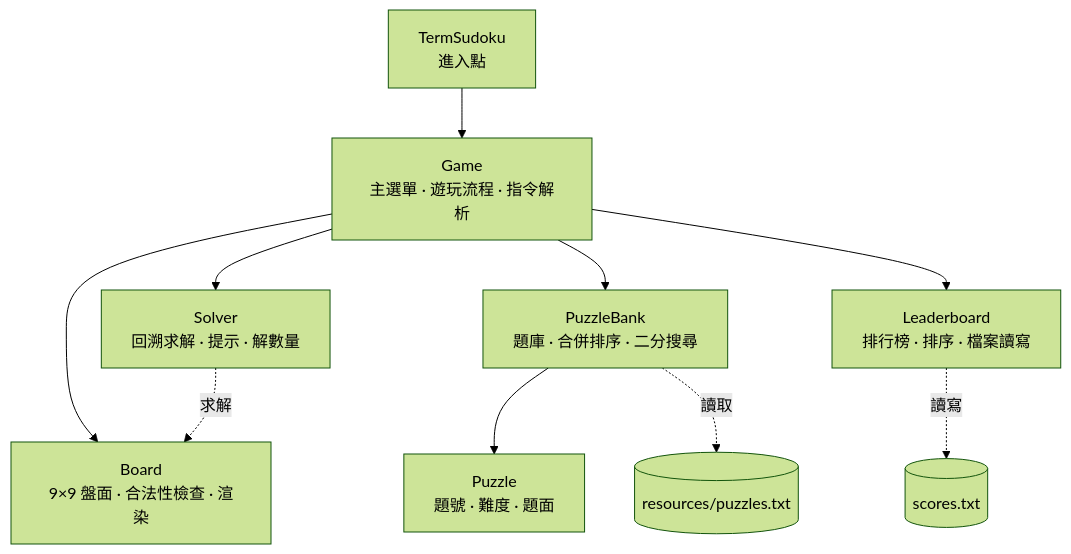
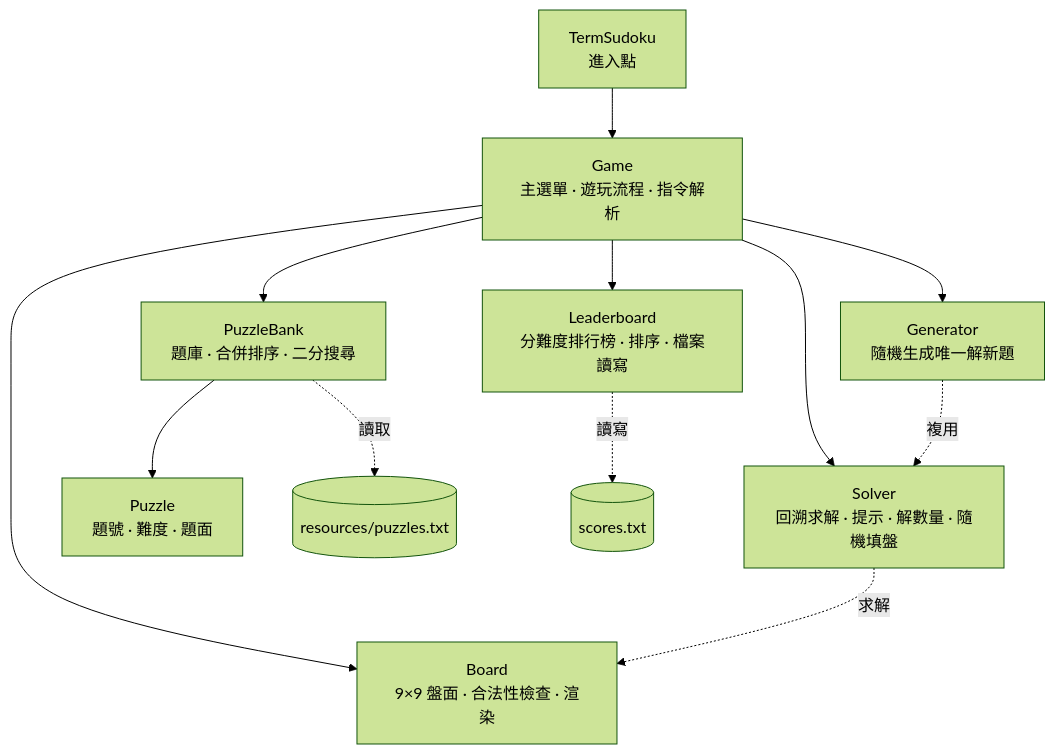
The second of 3 diagrams in README.md (nicktodj-boop/TermSudoku), drawn with Mermaid (forest theme) before and after one commit. The commit also changed other lines of this file, not shown here.

````diff
--- a/README.md
+++ b/README.md
@@ -62,12 +86,14 @@
 ```mermaid
 flowchart TD
     Entry["TermSudoku<br/>進入點"] --> Game["Game<br/>主選單 · 遊玩流程 · 指令解析"]
     Game --> Board["Board<br/>9×9 盤面 · 合法性檢查 · 渲染"]
-    Game --> Solver["Solver<br/>回溯求解 · 提示 · 解數量"]
+    Game --> Solver["Solver<br/>回溯求解 · 提示 · 解數量 · 隨機填盤"]
     Game --> Bank["PuzzleBank<br/>題庫 · 合併排序 · 二分搜尋"]
-    Game --> LB["Leaderboard<br/>排行榜 · 排序 · 檔案讀寫"]
+    Game --> Gen["Generator<br/>隨機生成唯一解新題"]
+    Game --> LB["Leaderboard<br/>分難度排行榜 · 排序 · 檔案讀寫"]
     Bank --> Puzzle["Puzzle<br/>題號 · 難度 · 題面"]
+    Gen -. 複用 .-> Solver
     Solver -. 求解 .-> Board
     Bank -. 讀取 .-> Res[("resources/puzzles.txt")]
     LB -. 讀寫 .-> Scores[("scores.txt")]
 ```
````
